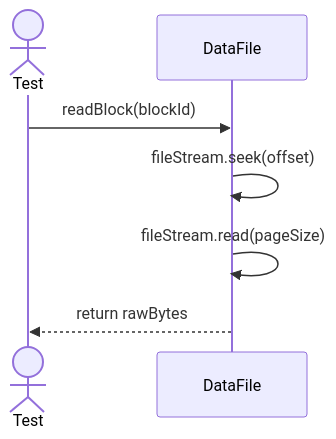
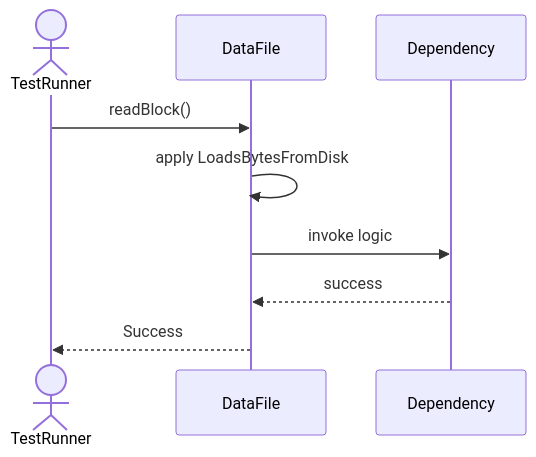
The second of 5 diagrams in Sequences/StorageEngine/DataFile.md (TamBui1706/DBMS), drawn with Mermaid before and after one commit. The commit also changed other lines of this file and 63 other files, not shown here.

Commit message:
Draw sequence diagram for unit tests

````diff
--- a/Sequences/StorageEngine/DataFile.md
+++ b/Sequences/StorageEngine/DataFile.md
@@ -26,10 +30,10 @@
 ```mermaid
 sequenceDiagram
-    actor Test
+    actor TestRunner
     participant DataFile
-
-    Test->>DataFile: readBlock(blockId)
-    DataFile->>DataFile: fileStream.seek(offset)
-    DataFile->>DataFile: fileStream.read(pageSize)
-    DataFile-->>Test: return rawBytes
+    TestRunner->>DataFile: readBlock()
+    DataFile->>DataFile: apply LoadsBytesFromDisk
+    DataFile->>Dependency: invoke logic
+    Dependency-->>DataFile: success
+    DataFile-->>TestRunner: Success
 ```
````
